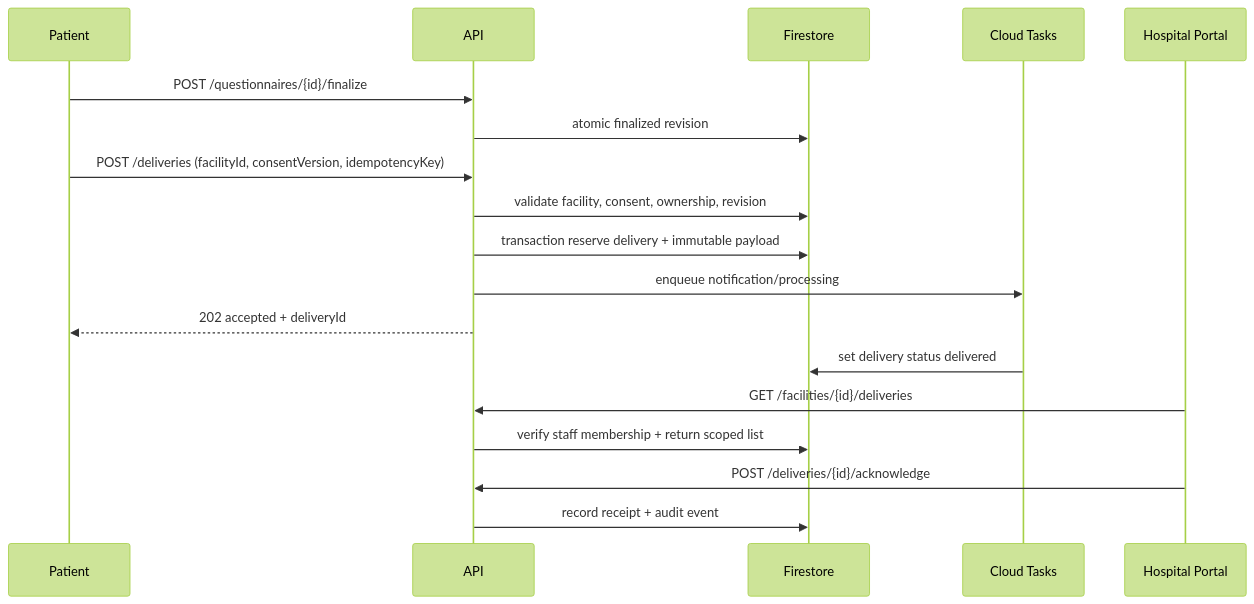
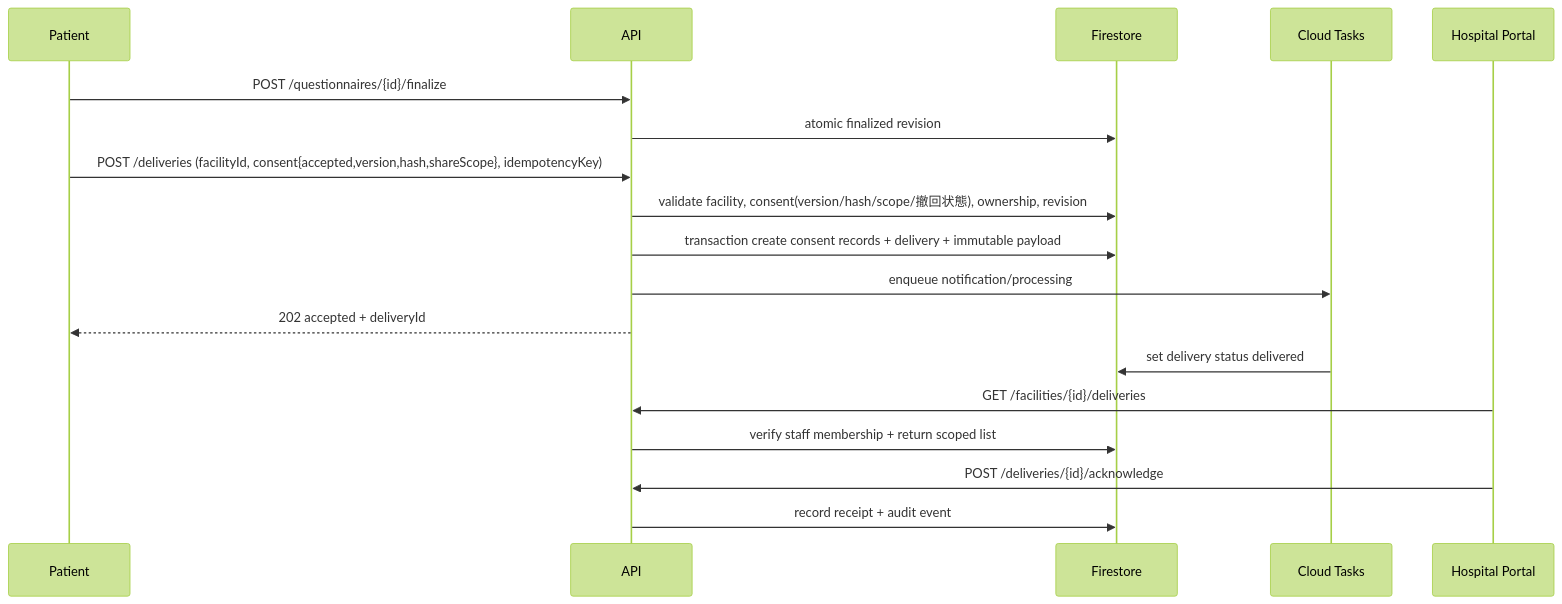
One commit to Devfest-Hackathon-2026/df-2026-t103 changed the fifth of 6 diagrams in docs/02_システム設計書.md. Above: the diagram before and after it, drawn with Mermaid (forest theme). The commit also changed other lines of this file and 21 other files, not shown here.

````diff
--- a/docs/02_システム設計書.md
+++ b/docs/02_システム設計書.md
@@ -334,20 +334,20 @@
 ```mermaid
 sequenceDiagram
     participant P as Patient
     participant API as API
     participant DB as Firestore
     participant Q as Cloud Tasks
     participant HP as Hospital Portal
     P->>API: POST /questionnaires/{id}/finalize
     API->>DB: atomic finalized revision
-    P->>API: POST /deliveries (facilityId, consentVersion, idempotencyKey)
-    API->>DB: validate facility, consent, ownership, revision
-    API->>DB: transaction reserve delivery + immutable payload
+    P->>API: POST /deliveries (facilityId, consent{accepted,version,hash,shareScope}, idempotencyKey)
+    API->>DB: validate facility, consent(version/hash/scope/撤回状態), ownership, revision
+    API->>DB: transaction create consent records + delivery + immutable payload
     API->>Q: enqueue notification/processing
     API-->>P: 202 accepted + deliveryId
     Q->>DB: set delivery status delivered
     HP->>API: GET /facilities/{id}/deliveries
     API->>DB: verify staff membership + return scoped list
     HP->>API: POST /deliveries/{id}/acknowledge
     API->>DB: record receipt + audit event
 ```
````
